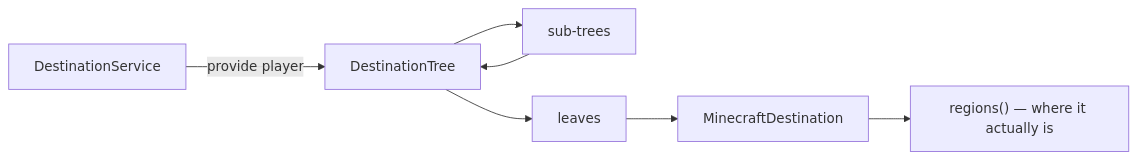
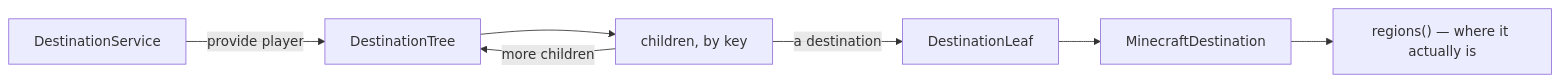
The diagram in docs/docs/developers/destinations.md (CobblestoneMC/cobblestone), drawn with Mermaid before and after one commit. The commit also changed other lines of this file and 65 other files, not shown here.

````diff
--- a/docs/docs/developers/destinations.md
+++ b/docs/docs/developers/destinations.md
@@ -13,9 +13,9 @@
 ```mermaid
 flowchart LR
     A[DestinationService] -->|provide player| B[DestinationTree]
-    B --> C[sub-trees]
-    B --> D[leaves]
-    C --> B
+    B --> C[children, by key]
+    C -->|a destination| D[DestinationLeaf]
+    C -->|more children| B
     D --> E[MinecraftDestination]
     E --> F["regions() — where it actually is"]
 ```
````
